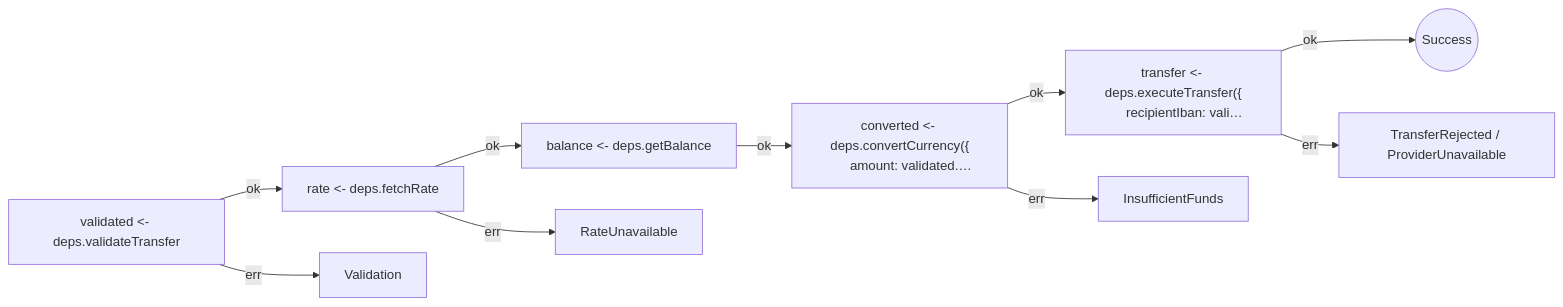
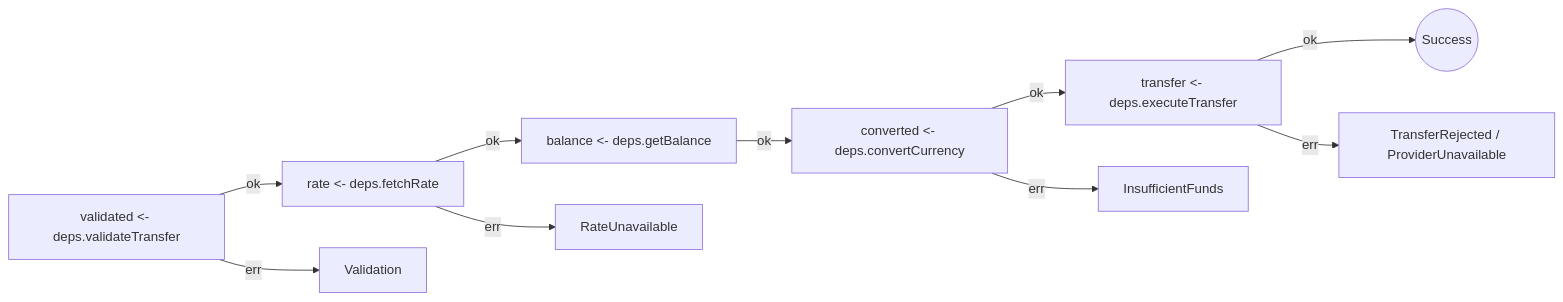
Before and after one commit to jagreehal/effect-analyzer: the diagram in apps/docs/samples/observability-transfer/evolution/raw/step-4-railway.mmd, drawn with Mermaid. The commit also changed 95 other files, not shown here.

```diff
--- a/apps/docs/samples/observability-transfer/evolution/raw/step-4-railway.mmd
+++ b/apps/docs/samples/observability-transfer/evolution/raw/step-4-railway.mmd
@@ -1,12 +1,10 @@
 flowchart LR
   A["validated #lt;- deps.validateTransfer"] -->|ok| B["rate #lt;- deps.fetchRate"]
   B -->|ok| C["balance #lt;- deps.getBalance"]
-  C -->|ok| D["converted #lt;- deps.convertCurrency#lpar;{
-      amount: validated.…"]
-  D -->|ok| E["transfer #lt;- deps.executeTransfer#lpar;{
-      recipientIban: vali…"]
+  C -->|ok| D["converted #lt;- deps.convertCurrency"]
+  D -->|ok| E["transfer #lt;- deps.executeTransfer"]
   E -->|ok| Done((Success))
   A -->|err| AE["Validation"]
   B -->|err| BE["RateUnavailable"]
   D -->|err| DE["InsufficientFunds"]
   E -->|err| EE["TransferRejected / ProviderUnavailable"]
```
